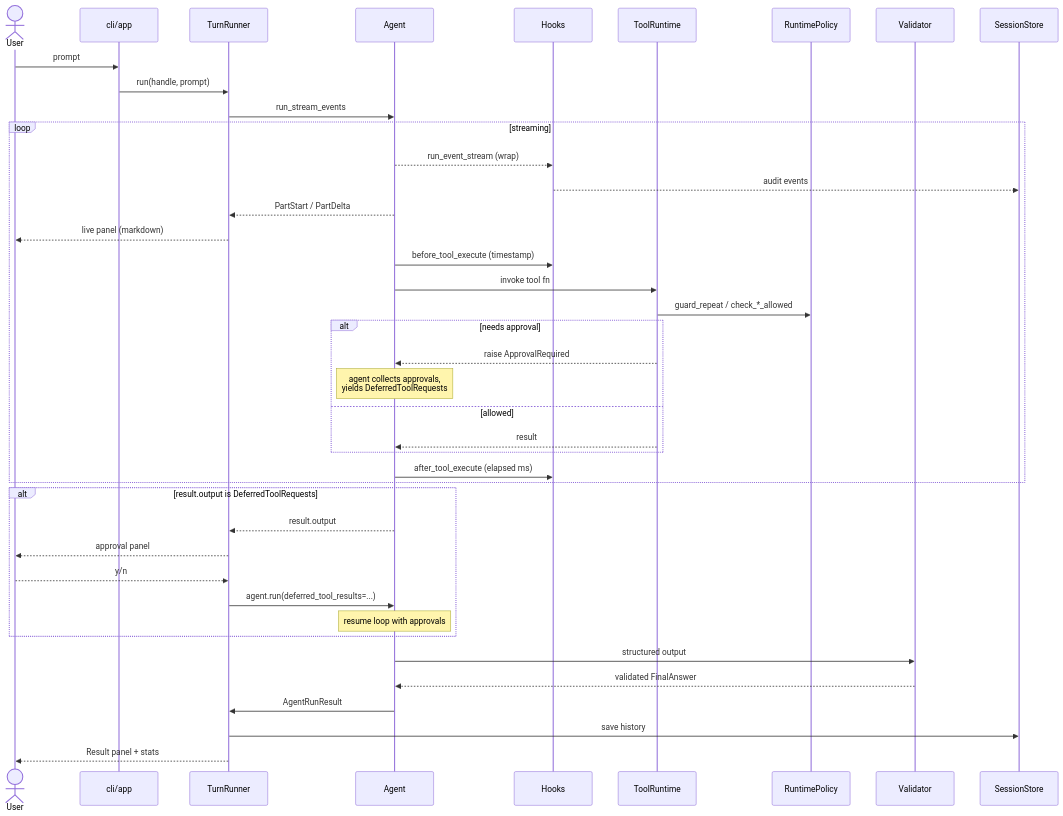
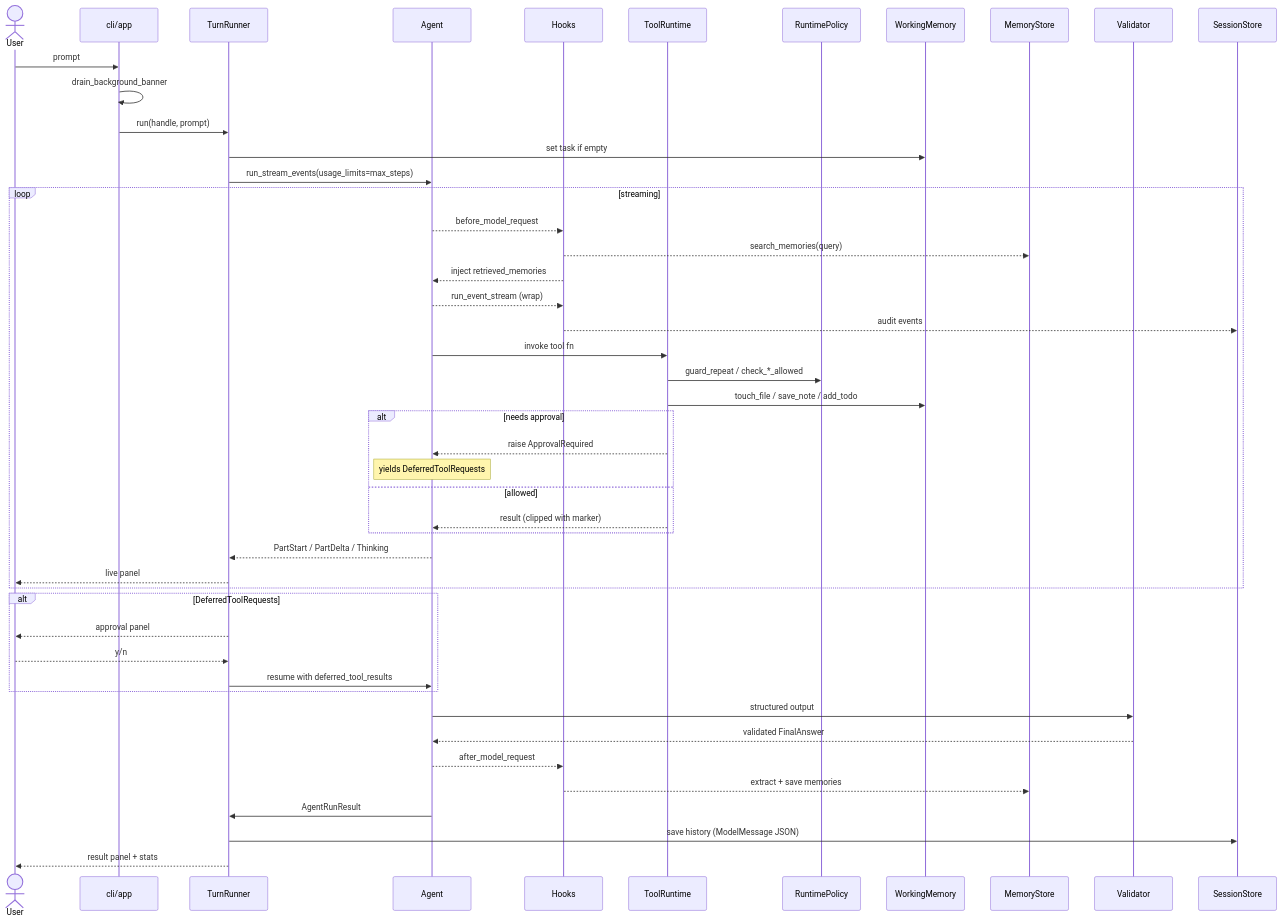
Before and after one commit to oornnery/harness-lab: the second of 4 diagrams in README.md, drawn with Mermaid. The commit also changed other lines of this file and 102 other files, not shown here.

````diff
--- a/README.md
+++ b/README.md
@@ -65,47 +73,54 @@
 ```mermaid
 sequenceDiagram
     actor U as User
     participant UI as cli/app
     participant TR as TurnRunner
     participant AG as Agent
     participant HK as Hooks
     participant TL as ToolRuntime
     participant POL as RuntimePolicy
+    participant WM as WorkingMemory
+    participant MEM as MemoryStore
     participant OUT as Validator
     participant SES as SessionStore
 
     U->>UI: prompt
+    UI->>UI: drain_background_banner
     UI->>TR: run(handle, prompt)
-    TR->>AG: run_stream_events
+    TR->>WM: set task if empty
+    TR->>AG: run_stream_events(usage_limits=max_steps)
+
     loop streaming
+        AG-->>HK: before_model_request
+        HK-->>MEM: search_memories(query)
+        HK-->>AG: inject retrieved_memories
         AG-->>HK: run_event_stream (wrap)
         HK-->>SES: audit events
-        AG-->>TR: PartStart / PartDelta
-        TR-->>U: live panel (markdown)
 
-        AG->>HK: before_tool_execute (timestamp)
         AG->>TL: invoke tool fn
         TL->>POL: guard_repeat / check_*_allowed
+        TL->>WM: touch_file / save_note / add_todo
         alt needs approval
             TL-->>AG: raise ApprovalRequired
-            Note over AG: agent collects approvals,<br/>yields DeferredToolRequests
+            Note over AG: yields DeferredToolRequests
         else allowed
-            TL-->>AG: result
+            TL-->>AG: result (clipped with marker)
         end
-        AG->>HK: after_tool_execute (elapsed ms)
+        AG-->>TR: PartStart / PartDelta / Thinking
+        TR-->>U: live panel
     end
 
-    alt result.output is DeferredToolRequests
-        AG-->>TR: result.output
+    alt DeferredToolRequests
         TR-->>U: approval panel
         U-->>TR: y/n
-        TR->>AG: agent.run(deferred_tool_results=...)
-        Note over AG: resume loop with approvals
+        TR->>AG: resume with deferred_tool_results
     end
 
     AG->>OUT: structured output
     OUT-->>AG: validated FinalAnswer
+    AG-->>HK: after_model_request
+    HK-->>MEM: extract + save memories
     AG->>TR: AgentRunResult
-    TR->>SES: save history
-    TR-->>U: Result panel + stats
+    TR->>SES: save history (ModelMessage JSON)
+    TR-->>U: result panel + stats
 ```
````
